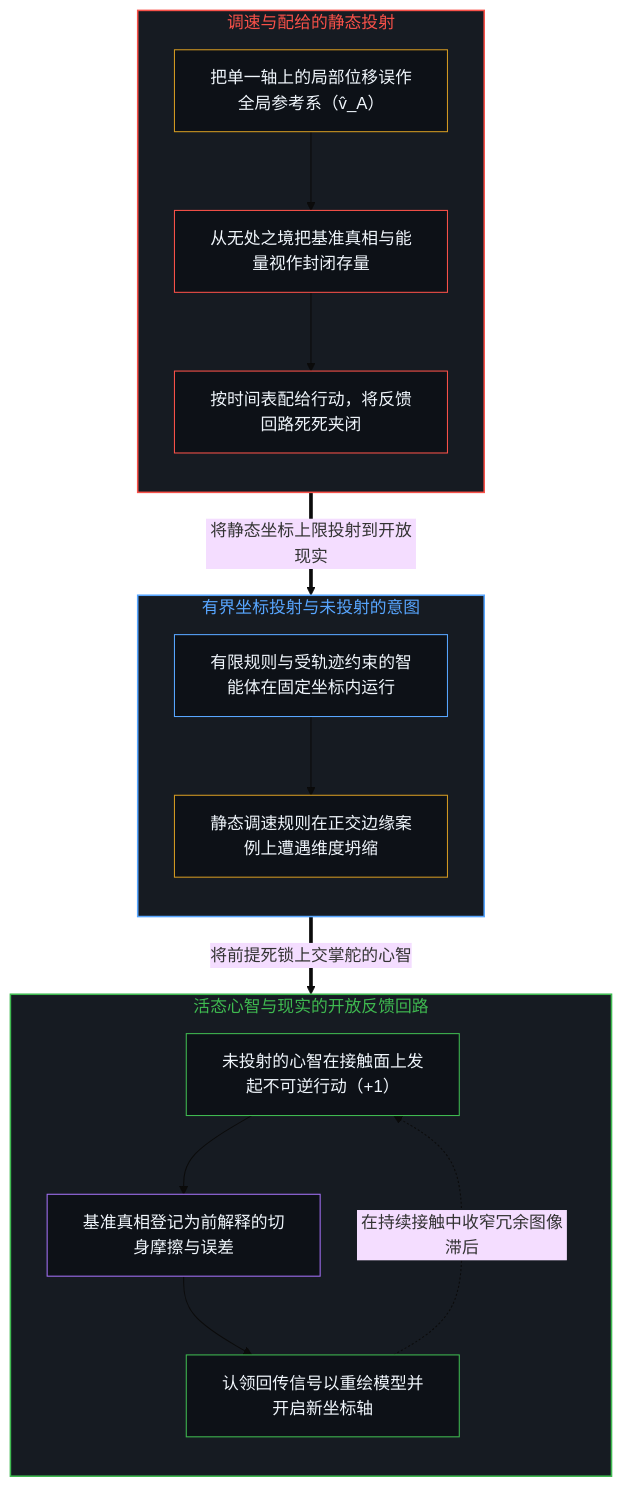
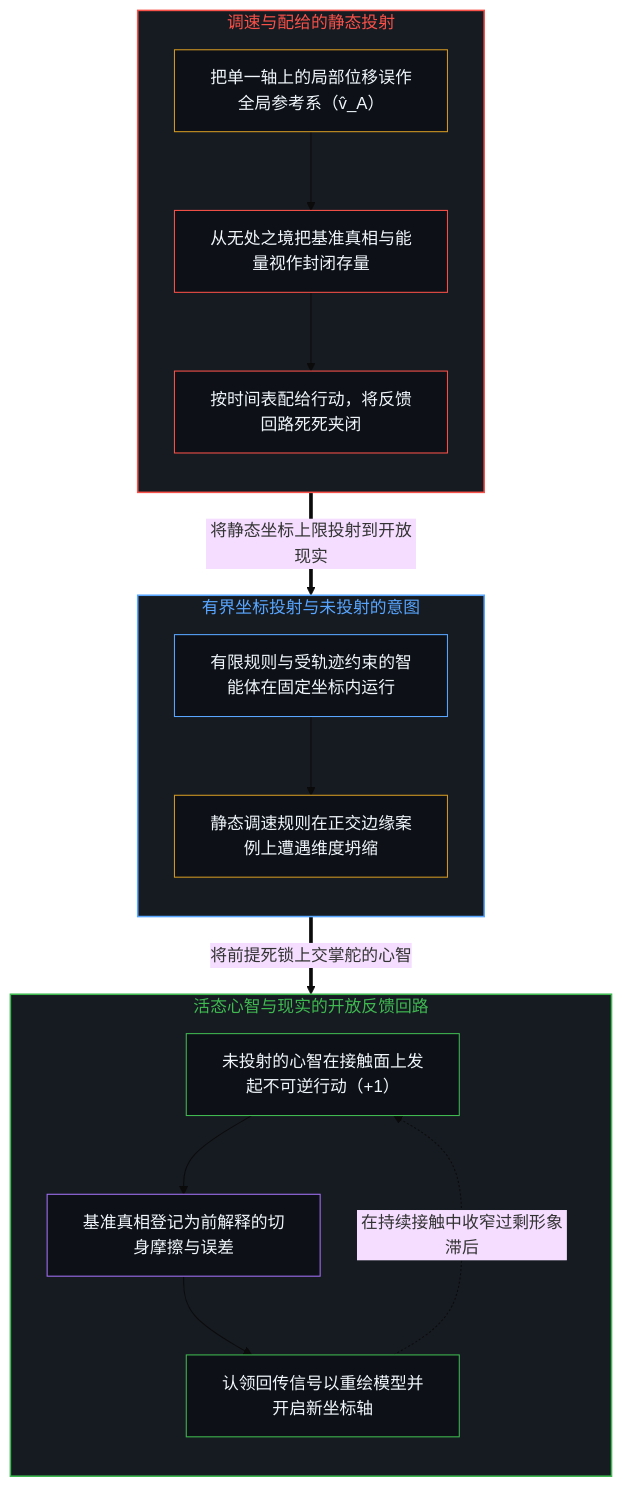
One commit to powerpig99/not-a-toe changed the first of 2 diagrams in content/posts/the-fallacy-of-pacing-and-the-felt-friction-of-ground-truth.md. Above: the diagram before and after it, drawn with Mermaid (base theme). The commit also changed other lines of this file and 5 other files, not shown here.

````diff
--- a/content/posts/the-fallacy-of-pacing-and-the-felt-friction-of-ground-truth.md
+++ b/content/posts/the-fallacy-of-pacing-and-the-felt-friction-of-ground-truth.md
@@ -35,37 +35,37 @@
 ```mermaid
 flowchart TD
     subgraph S_Proj["调速与配给的静态投射"]
         direction TB
         P_Axis["把单一轴上的局部位移误作全局参考系（v̂_A）"]
         P_Store["从无处之境把基准真相与能量视作封闭存量"]
         P_Ration["按时间表配给行动，将反馈回路死死夹闭"]
         P_Axis --> P_Store --> P_Ration
     end
     subgraph S_Engine["有界坐标投射与未投射的意图"]
         direction TB
         E_Finite["有限规则与受轨迹约束的智能体在固定坐标内运行"]
         E_Collapse["静态调速规则在正交边缘案例上遭遇维度坍缩"]
         E_Finite --> E_Collapse
     end
     subgraph S_Open["活态心智与现实的开放反馈回路"]
         direction TB
         O_Act["未投射的心智在接触面上发起不可逆行动（+1）"]
         O_Friction["基准真相登记为前解释的切身摩擦与误差"]
         O_Expand["认领回传信号以重绘模型并开启新坐标轴"]
         O_Act --> O_Friction --> O_Expand
     end
     P_Ration ==>|"将静态坐标上限投射到开放现实"| E_Finite
     E_Collapse ==>|"将前提死锁上交掌舵的心智"| O_Act
-    O_Expand -.->|"在持续接触中收窄冗余图像滞后"| O_Act
+    O_Expand -.->|"在持续接触中收窄过剩形象滞后"| O_Act
     style S_Proj fill:#161b22,stroke:#f85149,stroke-width:1.5px,color:#f85149
     style S_Engine fill:#161b22,stroke:#58a6ff,stroke-width:1.5px,color:#58a6ff
     style S_Open fill:#161b22,stroke:#3fb950,stroke-width:1.5px,color:#3fb950
     style P_Axis fill:#0d1117,stroke:#d29922,stroke-width:1px,color:#f0f6fc
     style P_Store fill:#0d1117,stroke:#f85149,stroke-width:1px,color:#f0f6fc
     style P_Ration fill:#0d1117,stroke:#f85149,stroke-width:1px,color:#f0f6fc
     style E_Finite fill:#0d1117,stroke:#58a6ff,stroke-width:1px,color:#f0f6fc
     style E_Collapse fill:#0d1117,stroke:#d29922,stroke-width:1px,color:#f0f6fc
     style O_Act fill:#0d1117,stroke:#3fb950,stroke-width:1px,color:#f0f6fc
     style O_Friction fill:#0d1117,stroke:#a371f7,stroke-width:1px,color:#f0f6fc
     style O_Expand fill:#0d1117,stroke:#3fb950,stroke-width:1px,color:#f0f6fc
 ```
````
